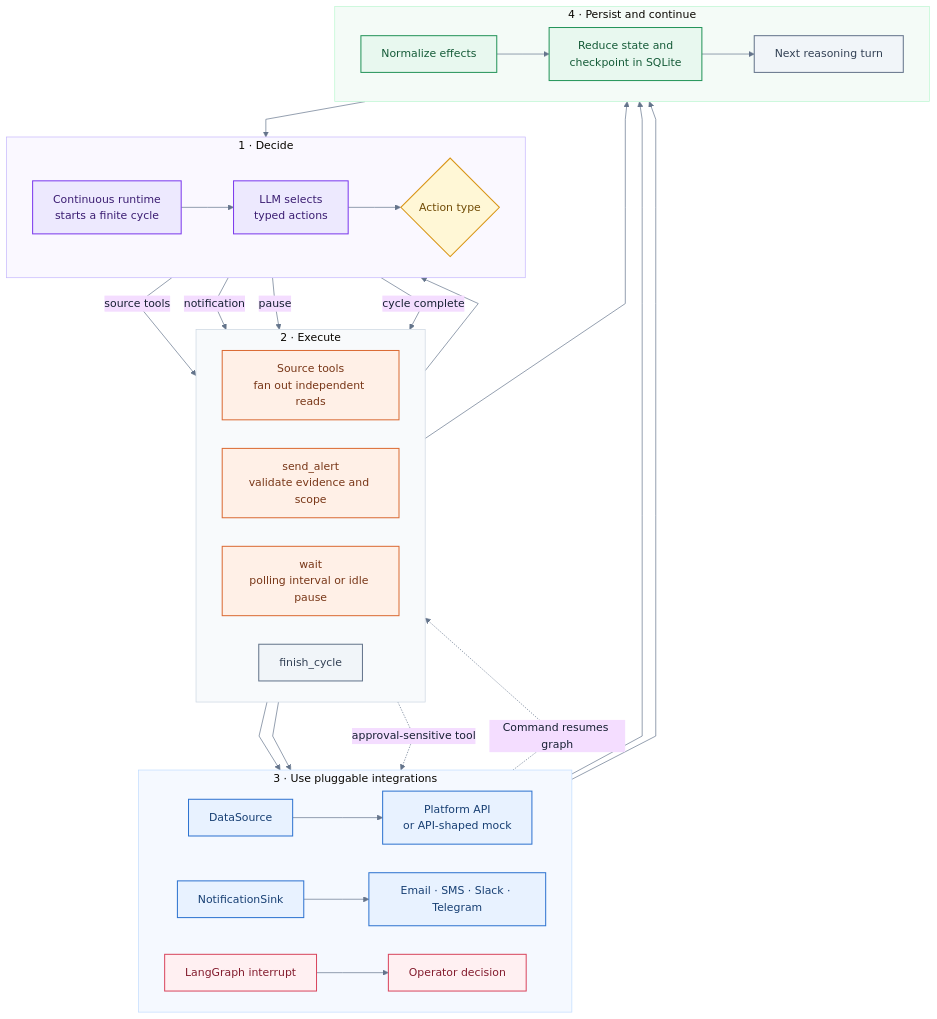
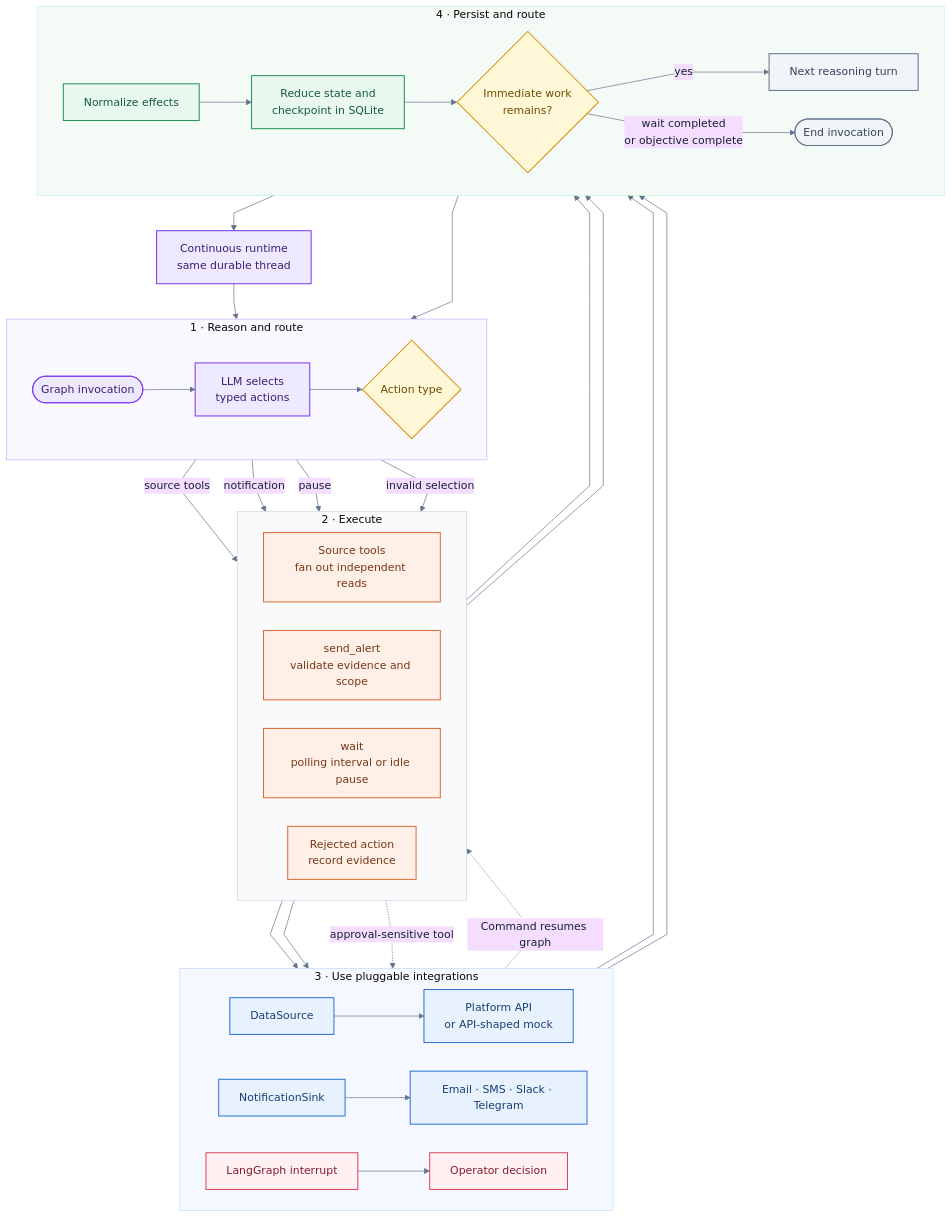
The diagram in README.md (Blacksuan19/eventpilot), drawn with Mermaid before and after one commit. The commit also changed other lines of this file, not shown here.

Commit message:
docs(readme): document persisted invocation flow
- show explicit LangGraph stop conditions and durable re-entry
- remove cycle and tool-budget concepts from the architecture diagram

````diff
--- a/README.md
+++ b/README.md
@@ -42,68 +44,74 @@
 ```mermaid
 %%{init: {"theme":"base","themeVariables":{"fontFamily":"Inter, ui-sans-serif, system-ui","lineColor":"#64748b","primaryTextColor":"#172033"},"flowchart":{"curve":"linear","nodeSpacing":42,"rankSpacing":52}}}%%
 flowchart TB
-    subgraph control["1 · Decide"]
+    runtime["Continuous runtime<br/>same durable thread"]
+
+    subgraph control["1 · Reason and route"]
         direction LR
-        runtime["Continuous runtime<br/>starts a finite cycle"] --> agent["LLM selects<br/>typed actions"]
+        start(["Graph invocation"]) --> agent["LLM selects<br/>typed actions"]
         agent --> router{"Action type"}
     end
 
     subgraph tools["2 · Execute"]
         direction LR
         source_action["Source tools<br/>fan out independent reads"]
         notify_action["send_alert<br/>validate evidence and scope"]
         wait_action["wait<br/>polling interval or idle pause"]
-        finish_action["finish_cycle"]
+        reject_action["Rejected action<br/>record evidence"]
     end
 
     subgraph integrations["3 · Use pluggable integrations"]
         direction LR
         source["DataSource"] --> api["Platform API<br/>or API-shaped mock"]
         sink["NotificationSink"] --> channel["Email · SMS · Slack · Telegram"]
         approval["LangGraph interrupt"] --> operator["Operator decision"]
     end
 
-    subgraph state["4 · Persist and continue"]
+    subgraph state["4 · Persist and route"]
         direction LR
         effects["Normalize effects"] --> checkpoint["Reduce state and<br/>checkpoint in SQLite"]
-        checkpoint --> next_turn["Next reasoning turn"]
+        checkpoint --> continuation{"Immediate work<br/>remains?"}
+        continuation -->|yes| next_turn["Next reasoning turn"]
+        continuation -->|wait completed<br/>or objective complete| finish(["End invocation"])
     end
 
+    runtime --> start
     router -->|source tools| source_action
     router -->|notification| notify_action
     router -->|pause| wait_action
-    router -->|cycle complete| finish_action
+    router -->|invalid selection| reject_action
 
     source_action --> source
     api --> effects
     notify_action --> sink
     channel --> effects
     wait_action --> effects
+    reject_action --> effects
 
     source_action -.->|approval-sensitive tool| approval
     operator -.->|Command resumes graph| source_action
 
     next_turn --> agent
-    finish_action --> runtime
+    finish --> runtime
 
     classDef controlNode fill:#ede9fe,stroke:#7c3aed,color:#3b1d72,stroke-width:1.5px;
     classDef decisionNode fill:#fff7d6,stroke:#d99516,color:#704b05,stroke-width:1.5px;
     classDef integrationNode fill:#e8f2ff,stroke:#2f74d0,color:#173f73,stroke-width:1.5px;
     classDef stateNode fill:#e8f8ef,stroke:#24945a,color:#155b38,stroke-width:1.5px;
     classDef actionNode fill:#fff0e7,stroke:#db6b34,color:#783617,stroke-width:1.5px;
     classDef lifecycleNode fill:#f1f5f9,stroke:#64748b,color:#334155,stroke-width:1.5px;
     classDef approvalNode fill:#fff0f2,stroke:#d9475f,color:#831b2d,stroke-width:1.5px;
 
-    class runtime,agent controlNode;
-    class router decisionNode;
+    class runtime,start,agent controlNode;
+    class router,continuation decisionNode;
     class source,api,sink,channel integrationNode;
     class effects,checkpoint stateNode;
-    class source_action,notify_action,wait_action actionNode;
-    class finish_action,next_turn lifecycleNode;
+    class source_action,notify_action,wait_action,reject_action actionNode;
+    class finish,next_turn lifecycleNode;
     class approval,operator approvalNode;
 
     style control fill:#faf8ff,stroke:#c4b5fd,stroke-width:1px
     style tools fill:#f8fafc,stroke:#cbd5e1,stroke-width:1px
     style integrations fill:#f5f9ff,stroke:#bfdbfe,stroke-width:1px
     style state fill:#f4fbf7,stroke:#bbf7d0,stroke-width:1px
 ```
````
